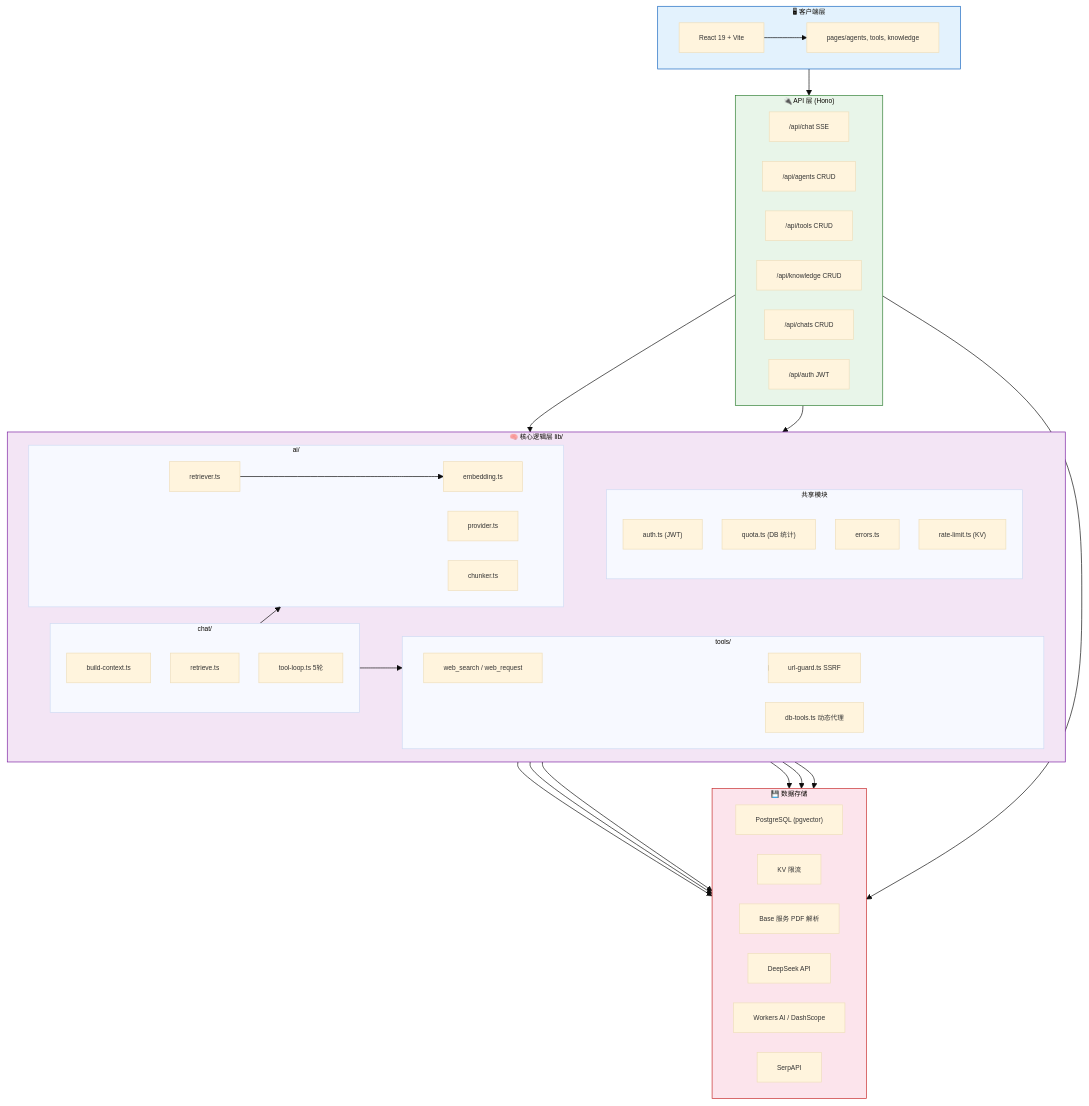
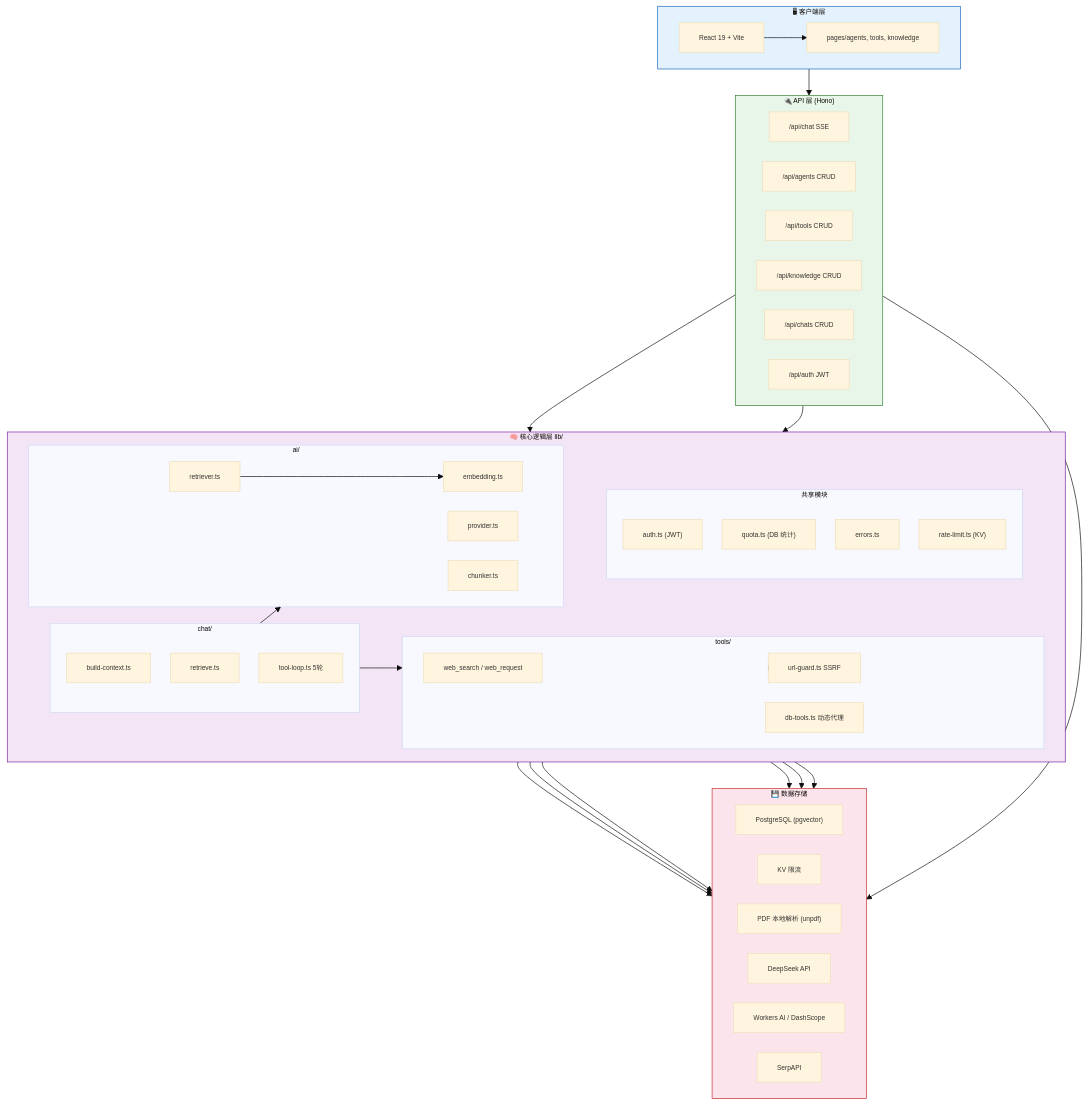
Before and after one commit to xCreat0r/simple-ai-agent-plateform: the first of 7 diagrams in docs/architecture.md, drawn with Mermaid. The commit also changed other lines of this file and 19 other files, not shown here.

First line of the commit message:
refactor: PDF 解析迁移到 Worker 内 unpdf 本地解析，停用 base 服务

````diff
--- a/docs/architecture.md
+++ b/docs/architecture.md
@@ -35,77 +35,77 @@
 ```mermaid
 %%{init: {'theme': 'base', 'themeVariables': {'fontSize': '10px'}, 'flowchart': {'useMaxWidth': true, 'nodeSpacing': 30, 'rankSpacing': 40}}}%%
 graph TB
     subgraph Client["🖥 客户端层"]
         direction LR
         Browser["React 19 + Vite"]
         Pages["pages/agents, tools, knowledge"]
     end
 
     subgraph API["🔌 API 层 (Hono)"]
         direction LR
         ChatAPI["/api/chat SSE"]
         AgentsAPI["/api/agents CRUD"]
         ToolsAPI["/api/tools CRUD"]
         KbAPI["/api/knowledge CRUD"]
         ChatsAPI["/api/chats CRUD"]
         AuthAPI["/api/auth JWT"]
     end
 
     subgraph Core["🧠 核心逻辑层 lib/"]
         direction LR
         subgraph AI_Lib["ai/"]
             Provider["provider.ts"]
             Embedding["embedding.ts"]
             Chunker["chunker.ts"]
             Retriever["retriever.ts"]
         end
         subgraph Chat_Lib["chat/"]
             Context["build-context.ts"]
             Retrieve["retrieve.ts"]
             ToolLoop["tool-loop.ts 5轮"]
         end
         subgraph Tools_Lib["tools/"]
             Builtin["web_search / web_request"]
             DBTools["db-tools.ts 动态代理"]
             Guard["url-guard.ts SSRF"]
         end
         subgraph Shared["共享模块"]
             Auth["auth.ts (JWT)"]
             Quota["quota.ts (DB 统计)"]
             Errors["errors.ts"]
             RateLimit["rate-limit.ts (KV)"]
         end
     end
 
     subgraph Data["💾 数据存储"]
         direction LR
         PG["PostgreSQL (pgvector)"]
         KV["KV 限流"]
-        Base["Base 服务 PDF 解析"]
+        Base["PDF 本地解析 (unpdf)"]
         DeepSeek["DeepSeek API"]
         EmbedAPI["Workers AI / DashScope"]
         SerpAPI["SerpAPI"]
     end
 
     Browser --> Pages
     Pages --> API
     API --> Core
     ChatAPI --> Chat_Lib
     Chat_Lib --> AI_Lib
     Chat_Lib --> Tools_Lib
     Tools_Lib --> Guard
     Retriever --> Embedding
     Retriever --> PG
     Embedding --> EmbedAPI
     Provider --> DeepSeek
     Builtin --> SerpAPI
     KbAPI --> Base
 
     Core --> PG
     Core --> KV
 
     style Client fill:#e3f2fd,stroke:#1565c0
     style API fill:#e8f5e9,stroke:#2e7d32
     style Core fill:#f3e5f5,stroke:#7b1fa2
     style Data fill:#fce4ec,stroke:#c62828
 ```
````
